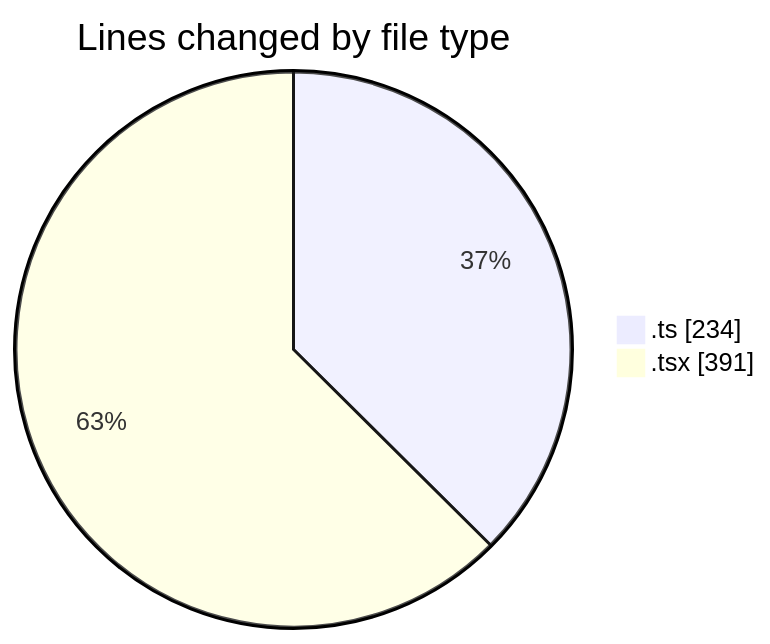
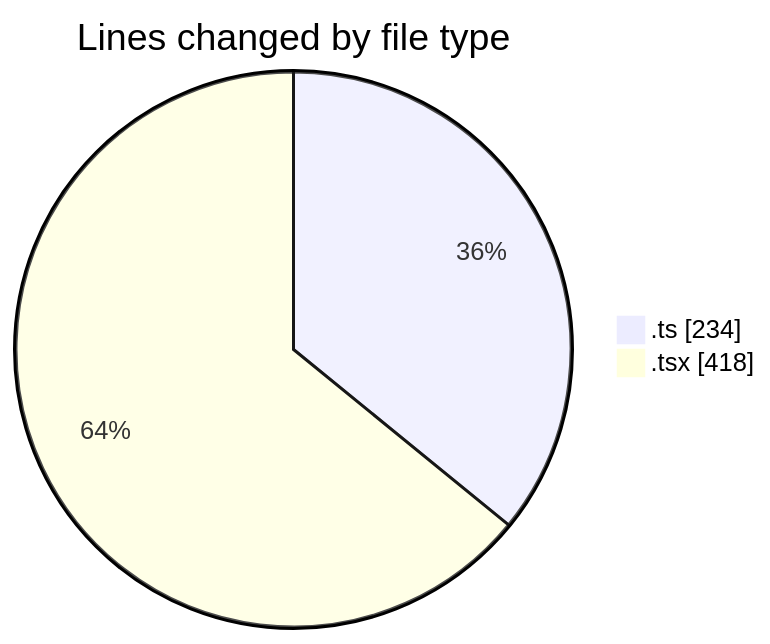
Before and after one commit to momahboobian/code-tracking: the first of 2 diagrams in 2025-05-01/cda/README.md, drawn with Mermaid. The commit also changed other lines of this file and 1 other file, not shown here.

````diff
--- a/2025-05-01/cda/README.md
+++ b/2025-05-01/cda/README.md
@@ -24,6 +24,6 @@
 ```mermaid
 pie showData
 title Lines changed by file type
 ".ts" : 234
-".tsx" : 391
+".tsx" : 418
 ```
````
